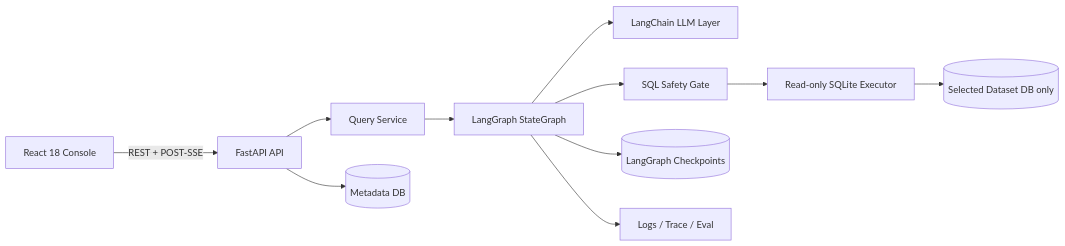
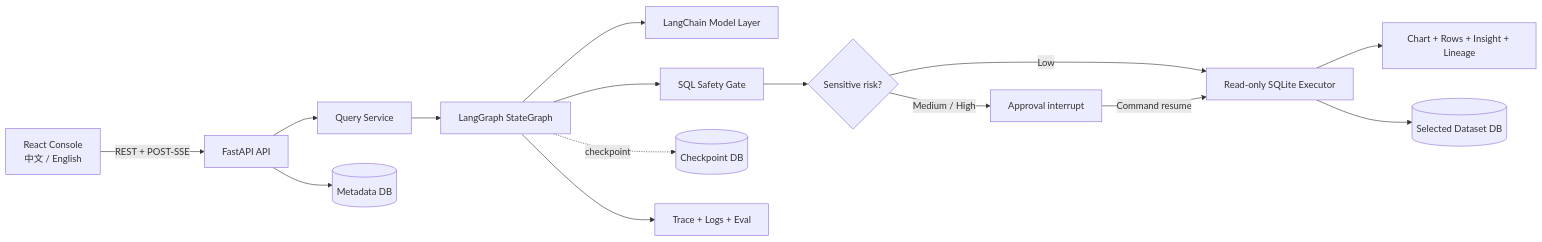
One commit to xixiGoodLuck/Data_Agent changed the diagram in README.en.md. Above: the diagram before and after it, drawn with Mermaid. The commit also changed other lines of this file and 4 other files, not shown here.

````diff
--- a/README.en.md
+++ b/README.en.md
@@ -32,13 +72,17 @@
 ```mermaid
 flowchart LR
-    UI["React 18 Console"] -->|REST + POST-SSE| API["FastAPI API"]
+    UI["React Console<br/>中文 / English"] -->|REST + POST-SSE| API["FastAPI API"]
     API --> QS["Query Service"]
     QS --> LG["LangGraph StateGraph"]
-    LG --> LC["LangChain LLM Layer"]
+    LG --> LLM["LangChain Model Layer"]
     LG --> SG["SQL Safety Gate"]
-    SG --> RO["Read-only SQLite Executor"]
-    LG --> CP[("LangGraph Checkpoints")]
+    SG --> RISK{"Sensitive risk?"}
+    RISK -->|Low| RO["Read-only SQLite Executor"]
+    RISK -->|Medium / High| HITL["Approval interrupt"]
+    HITL -->|Command resume| RO
+    RO --> OUT["Chart + Rows + Insight + Lineage"]
+    LG -. checkpoint .-> CP[("Checkpoint DB")]
     API --> META[("Metadata DB")]
-    RO --> DS[("Selected Dataset DB only")]
-    LG --> OBS["Logs / Trace / Eval"]
+    RO --> DATA[("Selected Dataset DB")]
+    LG --> OBS["Trace + Logs + Eval"]
 ```
````
